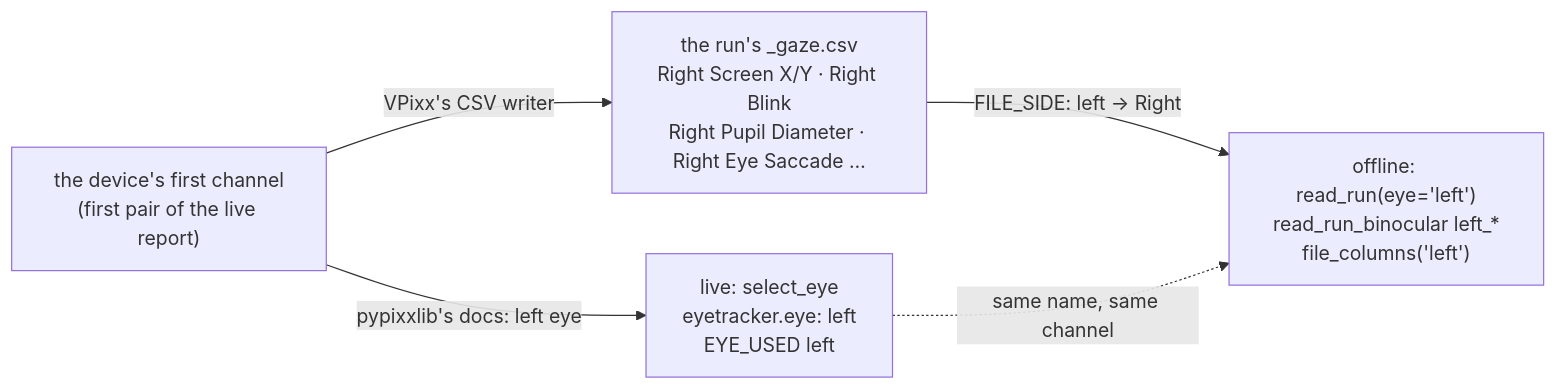
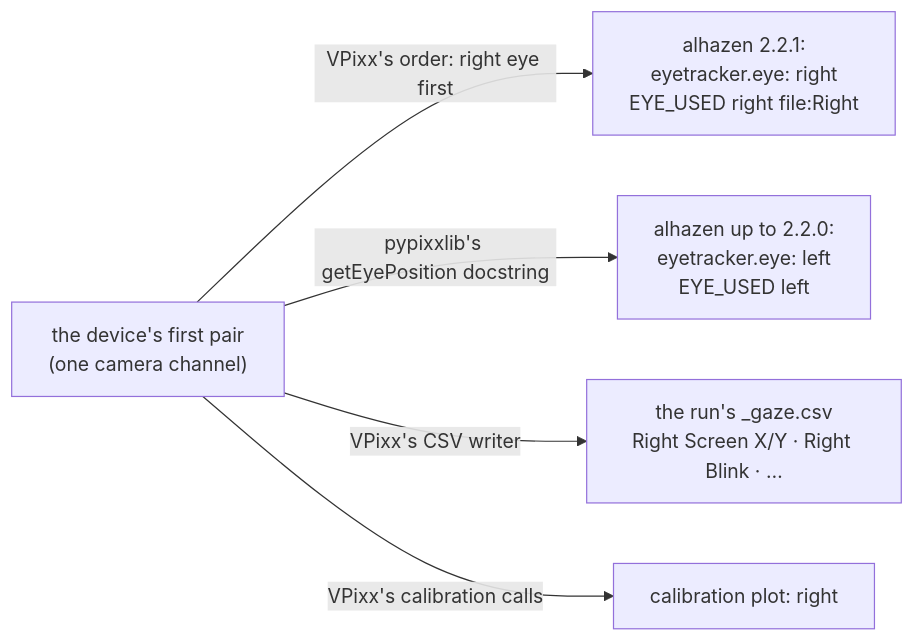
The second of 3 diagrams in docs/eye-tracker.md (sh4r11f/alhazen), drawn with Mermaid before and after one commit. The commit also changed other lines of this file and 8 other files, not shown here.

````diff
--- a/docs/eye-tracker.md
+++ b/docs/eye-tracker.md
@@ -265,8 +276,8 @@
 ```mermaid
 flowchart LR
-  C1["the device's first channel<br/>(first pair of the live report)"]
-  C1 -->|"pypixxlib's docs: left eye"| L["live: select_eye<br/>eyetracker.eye: left<br/>EYE_USED left"]
-  C1 -->|"VPixx's CSV writer"| F["the run's _gaze.csv<br/>Right Screen X/Y · Right Blink<br/>Right Pupil Diameter · Right Eye Saccade …"]
-  F -->|"FILE_SIDE: left → Right"| R["offline: read_run(eye='left')<br/>read_run_binocular left_*<br/>file_columns('left')"]
-  L -.->|"same name, same channel"| R
+  A["the device's first pair<br/>(one camera channel)"]
+  A -->|"VPixx's order: right eye first"| NOW["alhazen 2.2.1:<br/>eyetracker.eye: right<br/>EYE_USED right file:Right"]
+  A -->|"pypixxlib's getEyePosition docstring"| OLD["alhazen up to 2.2.0:<br/>eyetracker.eye: left<br/>EYE_USED left"]
+  A -->|"VPixx's CSV writer"| F["the run's _gaze.csv<br/>Right Screen X/Y · Right Blink · …"]
+  A -->|"VPixx's calibration calls"| C["calibration plot: right"]
 ```
````
